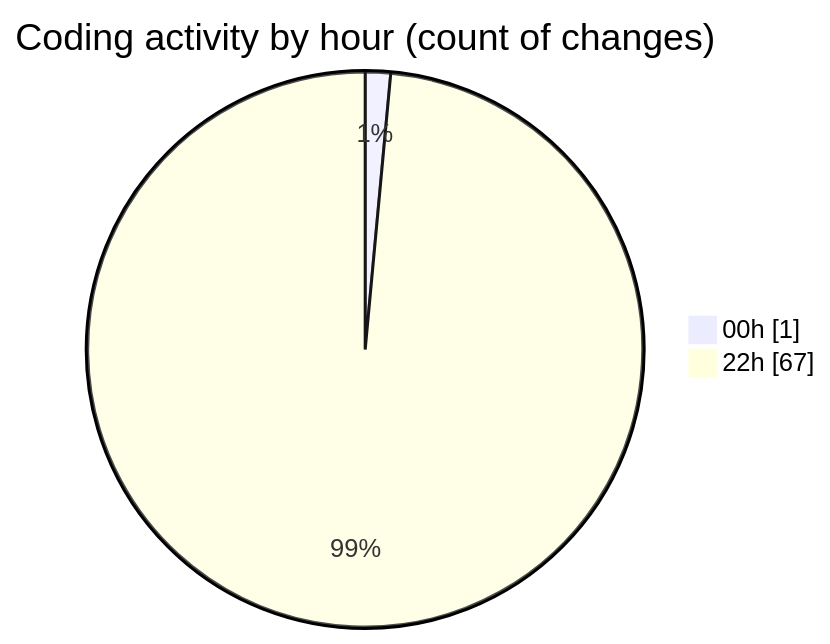
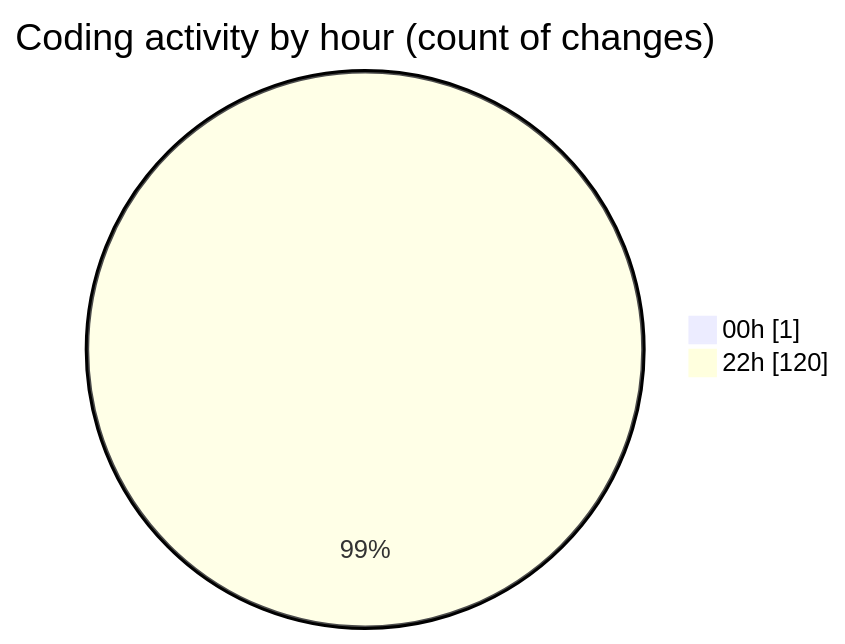
Before and after one commit to Ritupan-Deka/code-tracking: the second of 2 diagrams in 2025-08-04/javascript/README.md, drawn with Mermaid. The commit also changed other lines of this file and 1 other file, not shown here.

````diff
--- a/2025-08-04/javascript/README.md
+++ b/2025-08-04/javascript/README.md
@@ -28,6 +28,6 @@
 ```mermaid
 pie showData
 title Coding activity by hour (count of changes)
 "00h" : 1
-"22h" : 67
+"22h" : 120
 ```
````
